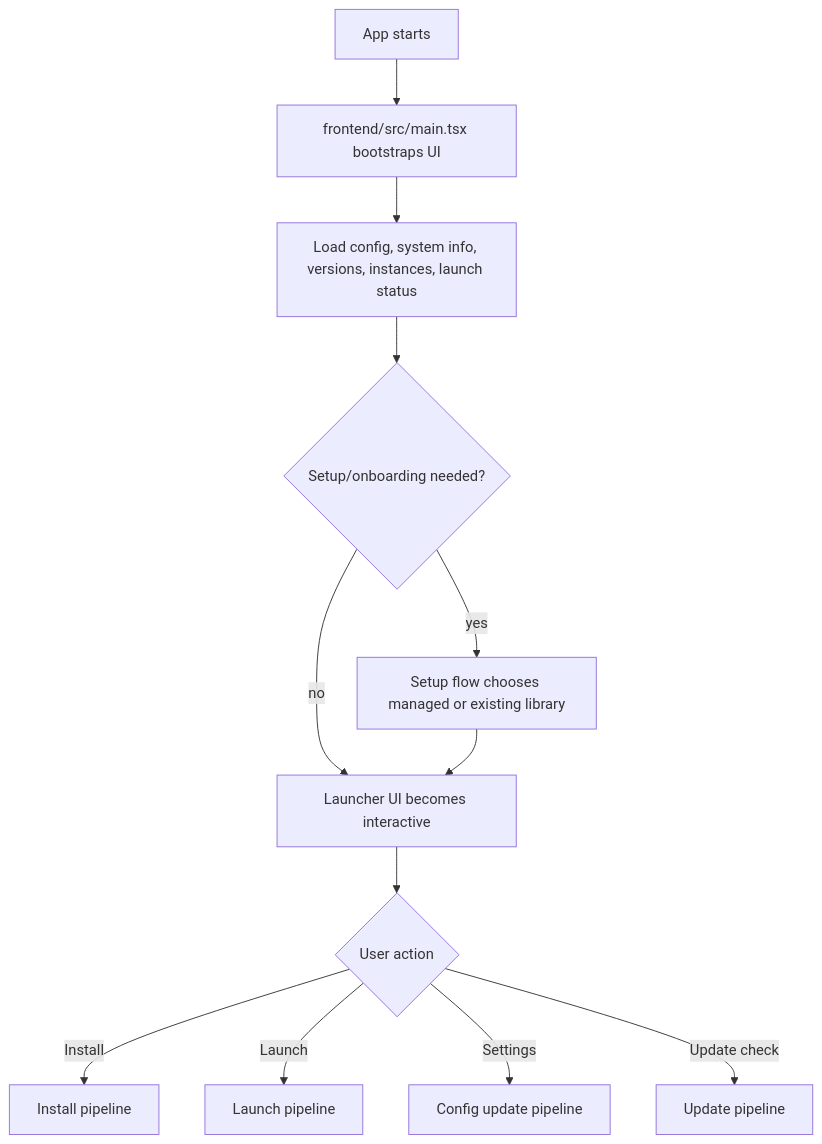
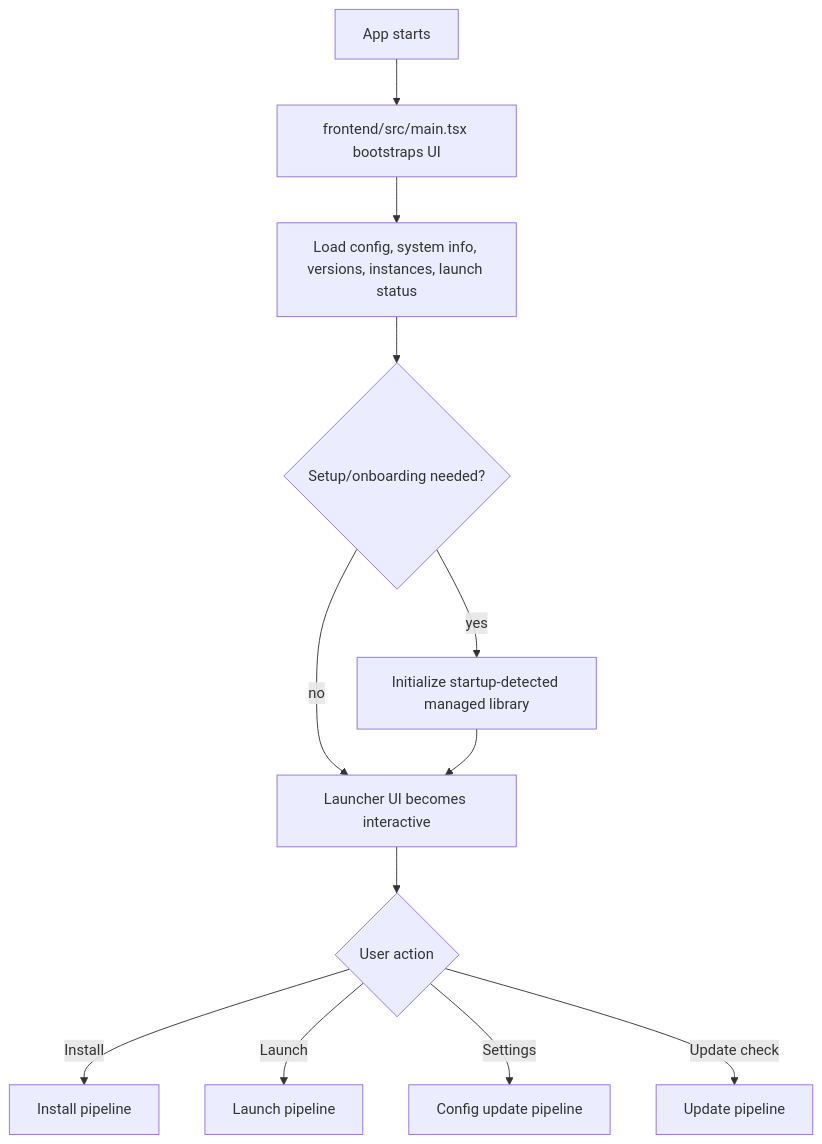
Before and after one commit to killedoxygen/axial: the first of 9 diagrams in docs/ARCHITECTURE.md, drawn with Mermaid. The commit also changed other lines of this file and 15 other files, not shown here.

````diff
--- a/docs/ARCHITECTURE.md
+++ b/docs/ARCHITECTURE.md
@@ -105,14 +107,14 @@
 ```mermaid
 flowchart TD
     A[App starts] --> B[frontend/src/main.tsx bootstraps UI]
     B --> C[Load config, system info, versions, instances, launch status]
     C --> D{Setup/onboarding needed?}
-    D -->|yes| E[Setup flow chooses managed or existing library]
+    D -->|yes| E[Initialize startup-detected managed library]
     D -->|no| F[Launcher UI becomes interactive]
     E --> F
     F --> G{User action}
     G -->|Install| H[Install pipeline]
     G -->|Launch| I[Launch pipeline]
     G -->|Settings| J[Config update pipeline]
     G -->|Update check| K[Update pipeline]
 ```
````
